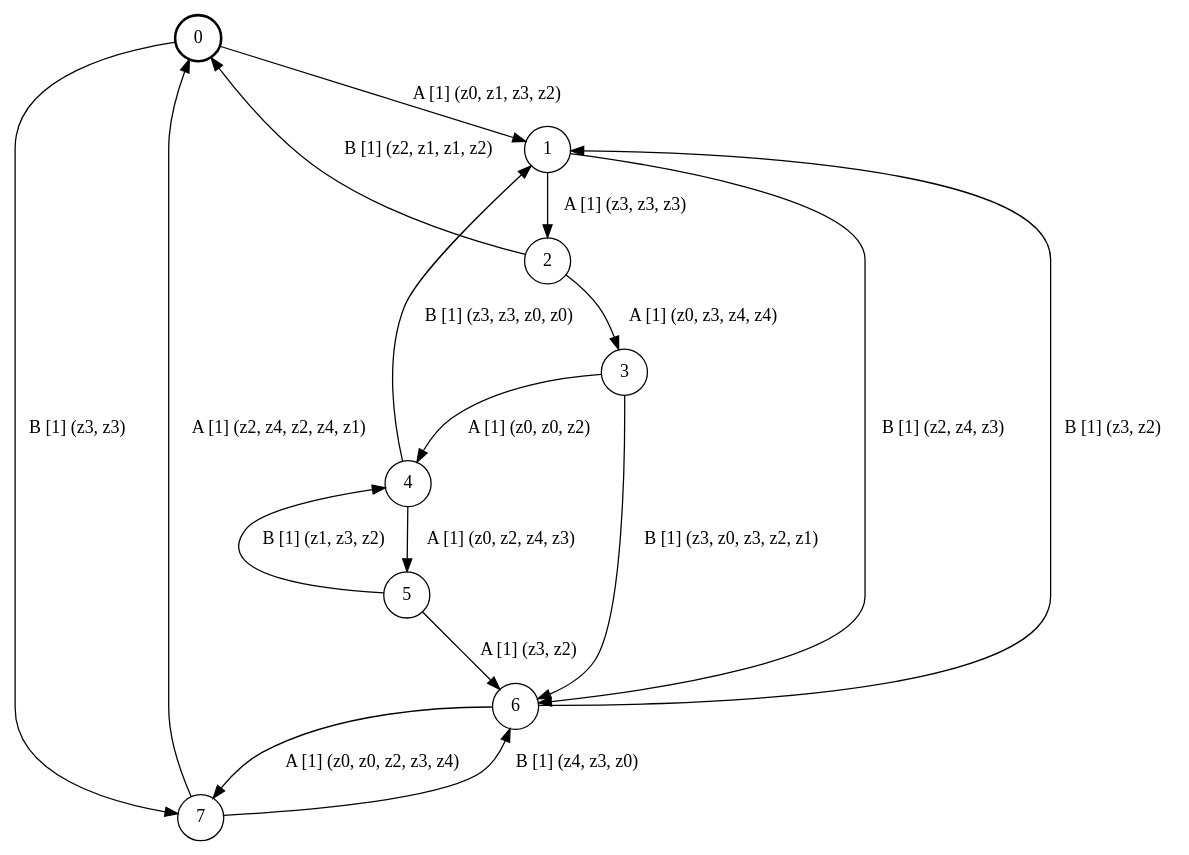
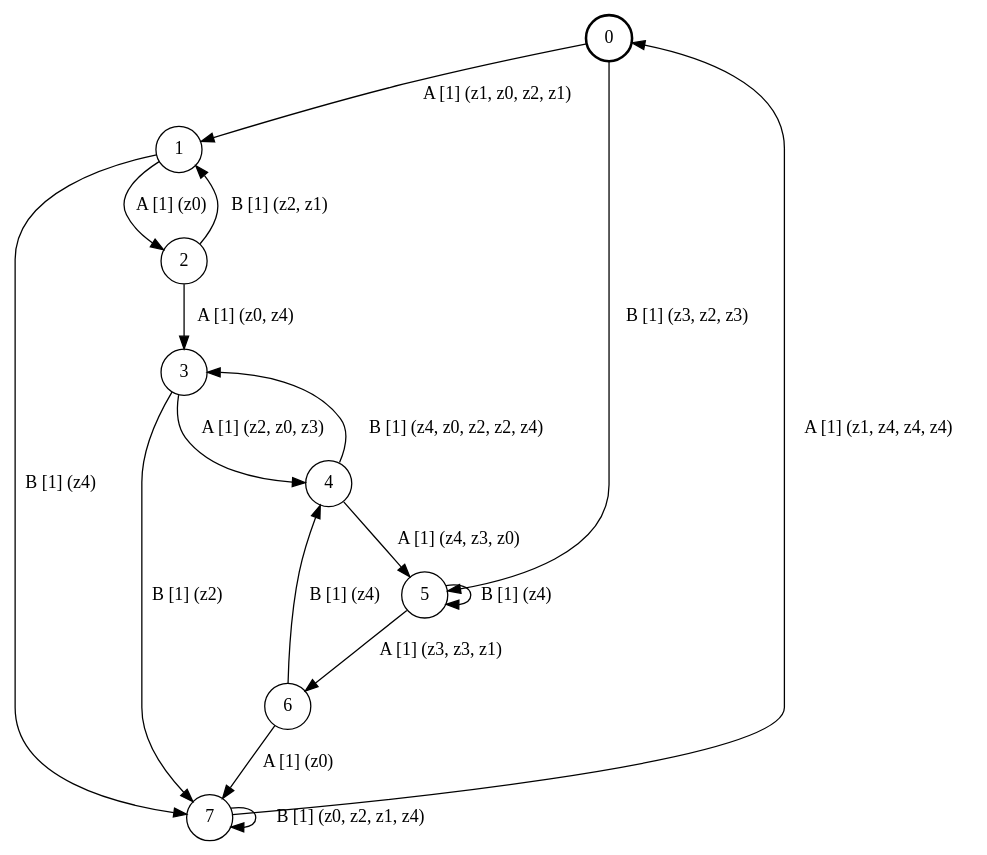
Before and after one commit to ulyantsev/EFSM-tools: the diagram in qbf/testing/fsm_8s2e5a.dot, drawn with Graphviz. The commit also changed 3063 other files, not shown here.

```diff
--- a/qbf/testing/fsm_8s2e5a.dot
+++ b/qbf/testing/fsm_8s2e5a.dot
@@ -1,22 +1,22 @@
 # generated file, don't try to modify
 # command: dot -Tpng <filename> > tree.png
 digraph Automaton {
     node [shape = circle];
     0 [style = "bold"];
-    0 -> 1 [label = "A [1] (z0, z1, z3, z2) "];
-    0 -> 7 [label = "B [1] (z3, z3) "];
-    1 -> 2 [label = "A [1] (z3, z3, z3) "];
-    1 -> 6 [label = "B [1] (z2, z4, z3) "];
-    2 -> 3 [label = "A [1] (z0, z3, z4, z4) "];
-    2 -> 0 [label = "B [1] (z2, z1, z1, z2) "];
-    3 -> 4 [label = "A [1] (z0, z0, z2) "];
-    3 -> 6 [label = "B [1] (z3, z0, z3, z2, z1) "];
-    4 -> 5 [label = "A [1] (z0, z2, z4, z3) "];
-    4 -> 1 [label = "B [1] (z3, z3, z0, z0) "];
-    5 -> 6 [label = "A [1] (z3, z2) "];
-    5 -> 4 [label = "B [1] (z1, z3, z2) "];
-    6 -> 7 [label = "A [1] (z0, z0, z2, z3, z4) "];
-    6 -> 1 [label = "B [1] (z3, z2) "];
-    7 -> 0 [label = "A [1] (z2, z4, z2, z4, z1) "];
-    7 -> 6 [label = "B [1] (z4, z3, z0) "];
+    0 -> 1 [label = "A [1] (z1, z0, z2, z1) "];
+    0 -> 5 [label = "B [1] (z3, z2, z3) "];
+    1 -> 2 [label = "A [1] (z0) "];
+    1 -> 7 [label = "B [1] (z4) "];
+    2 -> 3 [label = "A [1] (z0, z4) "];
+    2 -> 1 [label = "B [1] (z2, z1) "];
+    3 -> 4 [label = "A [1] (z2, z0, z3) "];
+    3 -> 7 [label = "B [1] (z2) "];
+    4 -> 5 [label = "A [1] (z4, z3, z0) "];
+    4 -> 3 [label = "B [1] (z4, z0, z2, z2, z4) "];
+    5 -> 6 [label = "A [1] (z3, z3, z1) "];
+    5 -> 5 [label = "B [1] (z4) "];
+    6 -> 7 [label = "A [1] (z0) "];
+    6 -> 4 [label = "B [1] (z4) "];
+    7 -> 0 [label = "A [1] (z1, z4, z4, z4) "];
+    7 -> 7 [label = "B [1] (z0, z2, z1, z4) "];
 }
```
